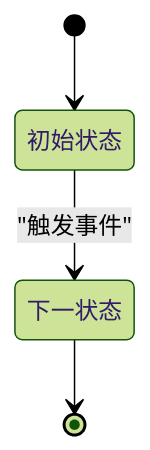
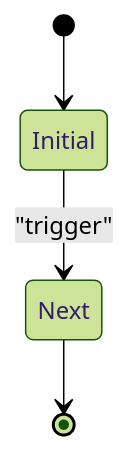
The diagram in templates/diagrams/_TEMPLATE__STATE.md (RobiNexy/agent-coldstart-scaffold), drawn with Mermaid (forest theme) before and after one commit. The commit also changed other lines of this file and 35 other files, not shown here.

````diff
--- a/templates/diagrams/_TEMPLATE__STATE.md
+++ b/templates/diagrams/_TEMPLATE__STATE.md
@@ -5,8 +5,8 @@
 ```mermaid
 stateDiagram-v2
-    state "初始状态" as S0
-    state "下一状态" as S1
+    state "Initial" as S0
+    state "Next" as S1
     [*] --> S0
-    S0 --> S1: "触发事件"
+    S0 --> S1: "trigger"
     S1 --> [*]
 ```
````
